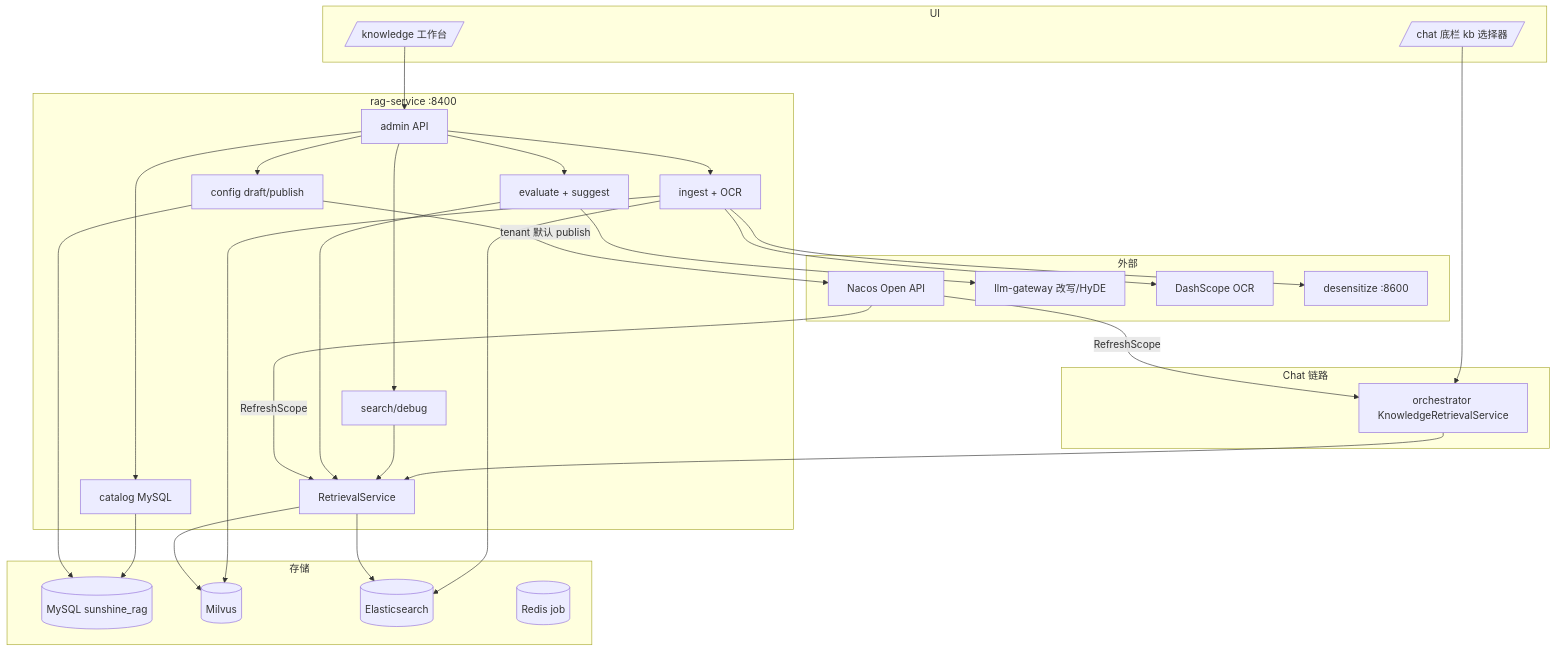
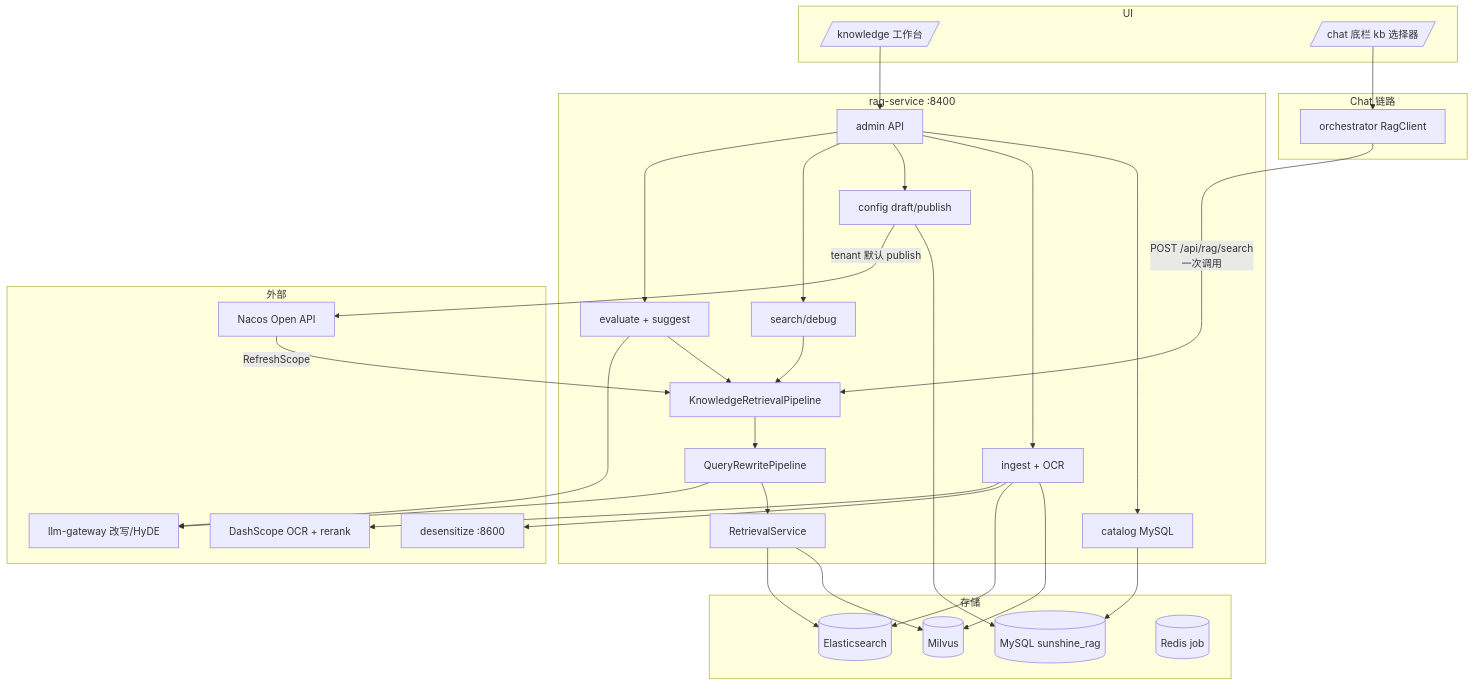
One commit to searchforsun/my-sunshine-agent changed the diagram in docs/superpowers/specs/2026-06-27-rag-knowledge-studio-design.md. Above: the diagram before and after it, drawn with Mermaid. The commit also changed other lines of this file and 47 other files, not shown here.

````diff
--- a/docs/superpowers/specs/2026-06-27-rag-knowledge-studio-design.md
+++ b/docs/superpowers/specs/2026-06-27-rag-knowledge-studio-design.md
@@ -52,49 +53,52 @@
 ```mermaid
 flowchart TB
     subgraph UI
         KV[/knowledge 工作台/]
         CV[/chat 底栏 kb 选择器/]
     end
 
     subgraph rag-service :8400
+        PIPE[KnowledgeRetrievalPipeline]
+        RW[QueryRewritePipeline]
+        RET[RetrievalService]
         ADMIN[admin API]
         CAT[catalog MySQL]
         ING[ingest + OCR]
         CFG[config draft/publish]
         DBG[search/debug]
         EVL[evaluate + suggest]
-        RET[RetrievalService]
+        PIPE --> RW --> RET
     end
 
     subgraph 存储
         MY[(MySQL sunshine_rag)]
         MV[(Milvus)]
         ES[(Elasticsearch)]
         RD[(Redis job)]
     end
 
     subgraph 外部
         NC[Nacos Open API]
         LLM[llm-gateway 改写/HyDE]
-        DS[DashScope OCR]
+        DS[DashScope OCR + rerank]
         DES[desensitize :8600]
     end
 
     subgraph Chat 链路
-        ORCH[orchestrator KnowledgeRetrievalService]
+        ORCH[orchestrator RagClient]
     end
 
     KV --> ADMIN
     CV --> ORCH
-    ORCH --> RET
+    ORCH -->|"POST /api/rag/search\n一次调用"| PIPE
     ADMIN --> CAT & ING & CFG & DBG & EVL
+    DBG & EVL --> PIPE
     CAT --> MY
     ING --> MV & ES & DES
     CFG --> MY
     CFG -->|tenant 默认 publish| NC
-    DBG & EVL --> RET
     RET --> MV & ES
-    EVL --> LLM
+    RW & EVL --> LLM
     ING --> DS
-    NC -->|RefreshScope| ORCH & RET
+    NC -->|RefreshScope| PIPE
 ```
````
